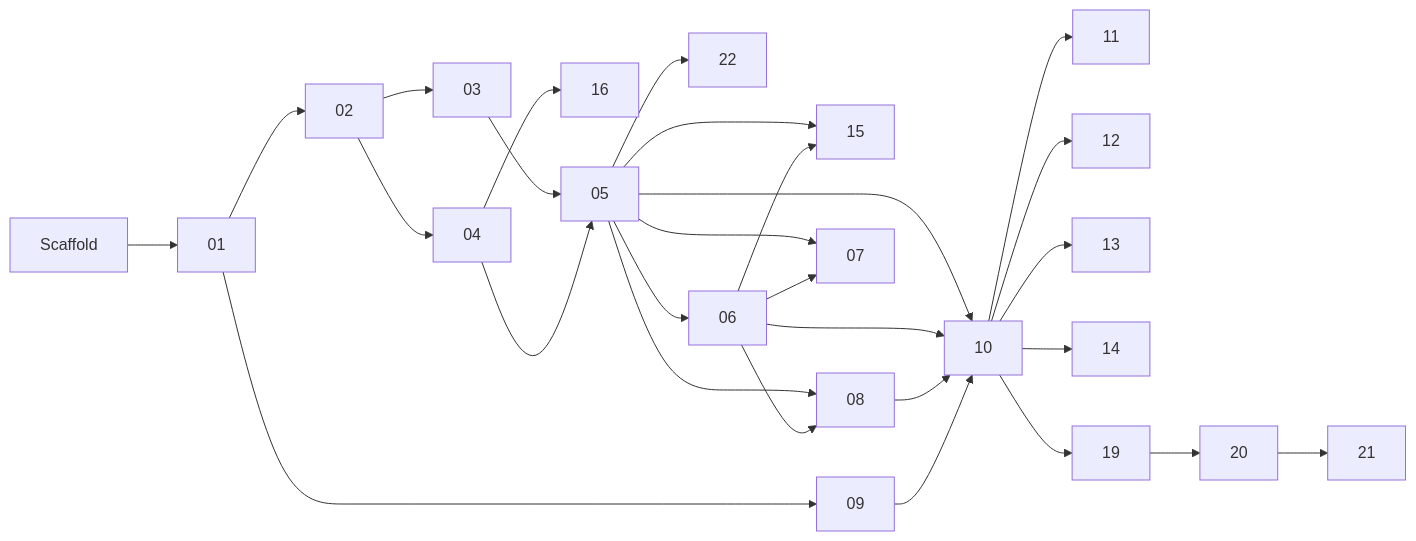
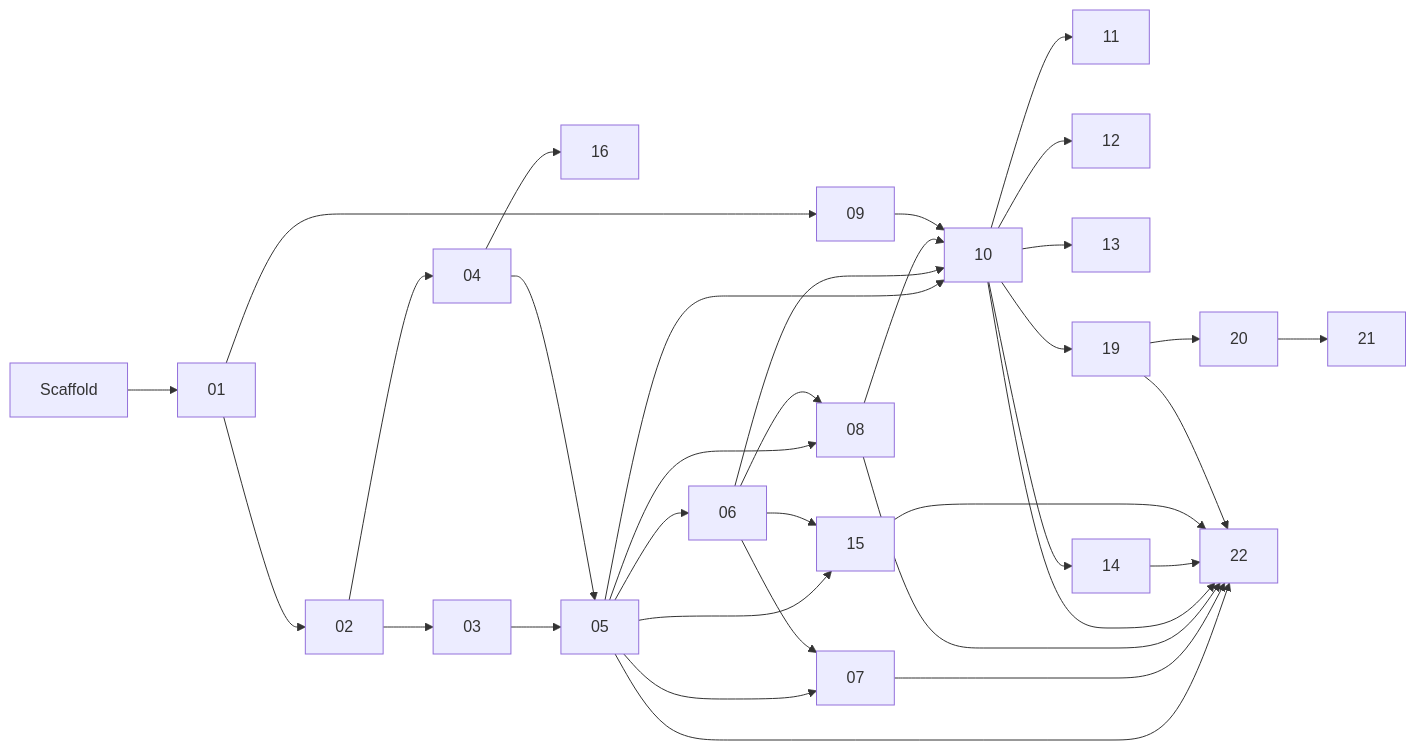
Before and after one commit to jopealgorta/physio-trainer: the diagram in docs/specs/README.md, drawn with Mermaid. The commit also changed 20 other files, not shown here.

````diff
--- a/docs/specs/README.md
+++ b/docs/specs/README.md
@@ -37,15 +37,15 @@
 ```mermaid
 graph LR
   S[Scaffold] --> 01
   01 --> 02 --> 03 & 04
   01 --> 09
   03 & 04 --> 05 --> 06
   05 & 06 --> 07 & 08 & 15
   04 --> 16
   05 & 06 & 08 & 09 --> 10
   10 --> 11 & 12 & 13 & 14
   10 --> 19
   19 --> 20
   20 --> 21
-  05 --> 22
+  05 & 07 & 08 & 10 & 14 & 15 & 19 --> 22
 ```
````
